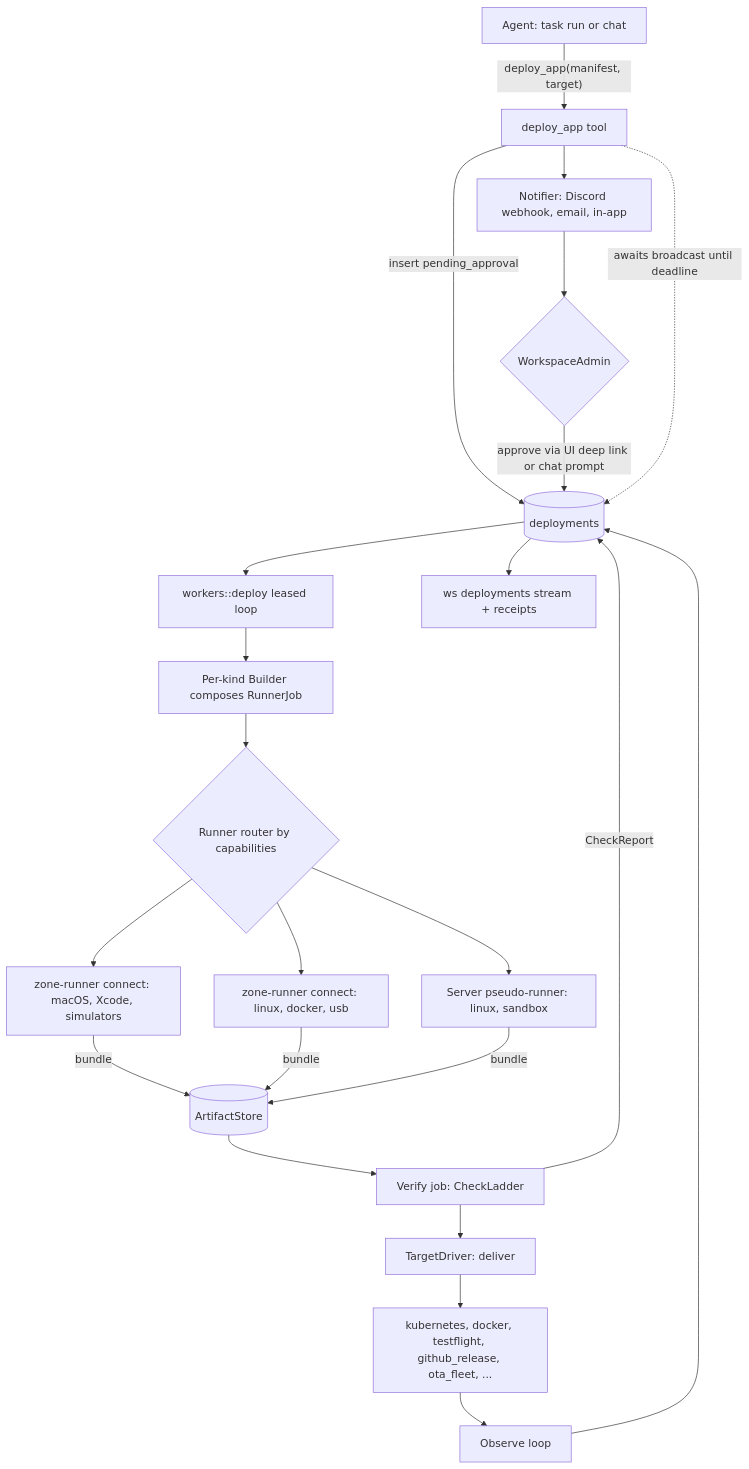
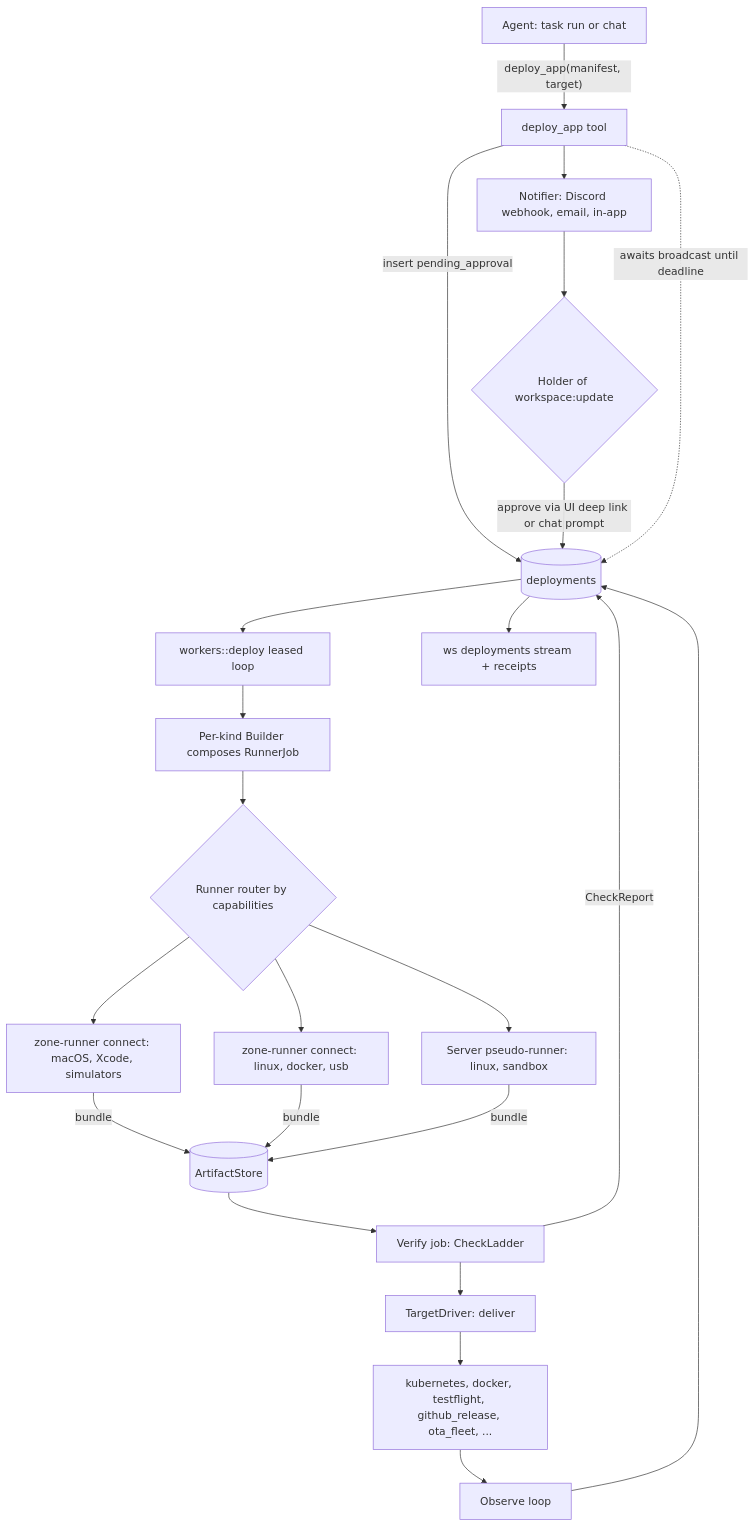
Before and after one commit to abnegate/zone: the first of 3 diagrams in docs/DEPLOY.md, drawn with Mermaid. The commit also changed other lines of this file and 242 other files, not shown here.

````diff
--- a/docs/DEPLOY.md
+++ b/docs/DEPLOY.md
@@ -159,23 +159,23 @@
 ```mermaid
 flowchart TD
     A["Agent: task run or chat"] -->|"deploy_app(manifest, target)"| T["deploy_app tool"]
     T -->|"insert pending_approval"| DB[("deployments")]
     T --> N["Notifier: Discord webhook, email, in-app"]
-    N --> H{"WorkspaceAdmin"}
+    N --> H{"Holder of workspace:update"}
     H -->|"approve via UI deep link or chat prompt"| DB
     T -.->|"awaits broadcast until deadline"| DB
     DB --> W["workers::deploy leased loop"]
     W --> B["Per-kind Builder composes RunnerJob"]
     B --> R{"Runner router by capabilities"}
     R --> R0["Server pseudo-runner: linux, sandbox"]
     R --> R1["zone-runner connect: macOS, Xcode, simulators"]
     R --> R2["zone-runner connect: linux, docker, usb"]
     R1 & R2 & R0 -->|"bundle"| AS[("ArtifactStore")]
     AS --> V["Verify job: CheckLadder"]
     V -->|"CheckReport"| DB
     V --> D["TargetDriver: deliver"]
     D --> K["kubernetes, docker, testflight, github_release, ota_fleet, ..."]
     K --> O["Observe loop"]
     O --> DB
     DB --> WS["ws deployments stream + receipts"]
 ```
````
